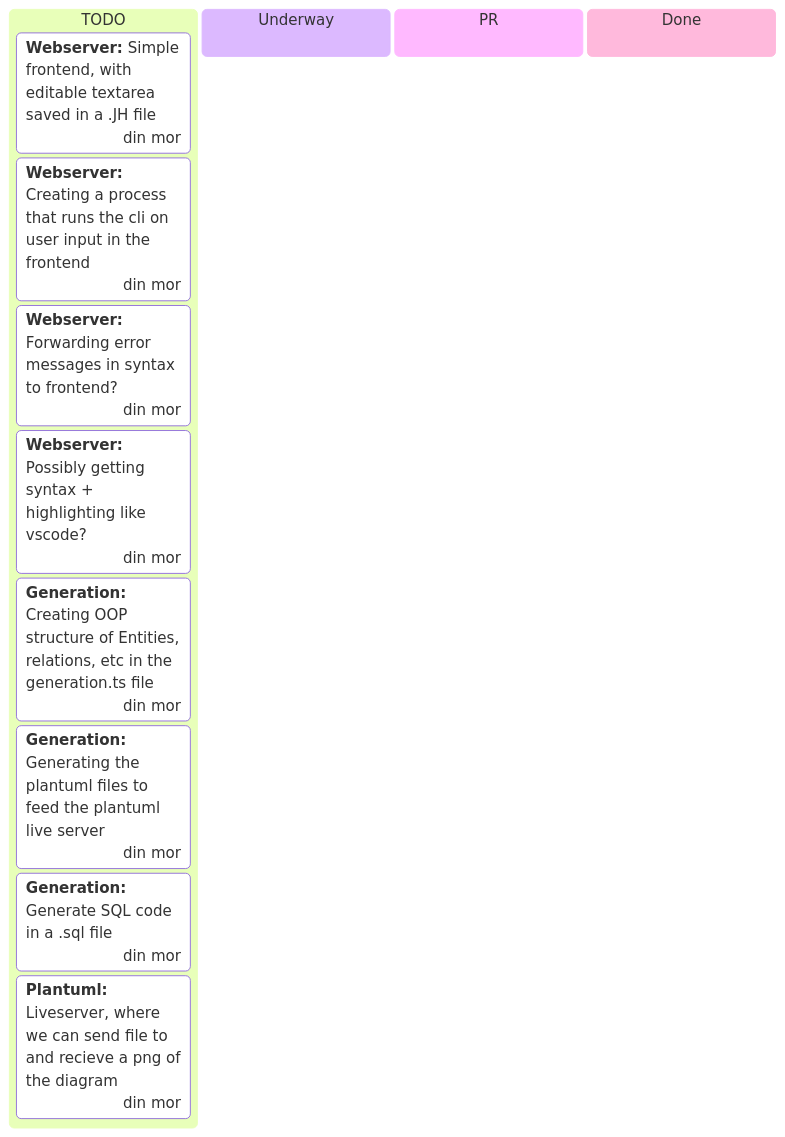
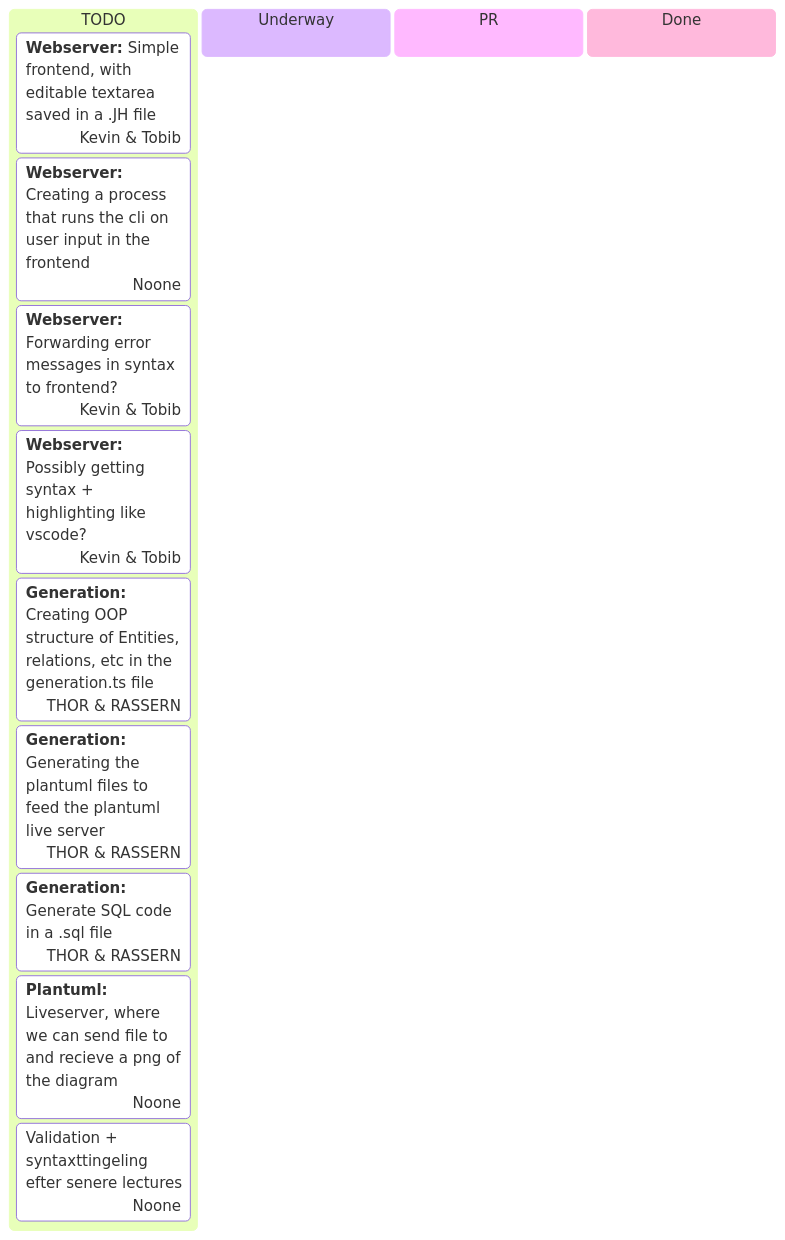
One commit to TobiasBak/mdsd changed the diagram in Plan.md. Above: the diagram before and after it, drawn with Mermaid.

Commit message:
Added assignees to tasks

````diff
--- a/Plan.md
+++ b/Plan.md
@@ -1,17 +1,18 @@
 ```mermaid
 kanban
     column1[TODO]
-        task1[**Webserver:** Simple frontend, with editable textarea saved in a .JH file]@{assigned: din mor}
-        task7[**Webserver:** Creating a process that runs the cli on user input in the frontend]@{assigned: din mor}
-        task8[**Webserver:** Forwarding error messages in syntax to frontend?]@{assigned: din mor}
-        task2[**Webserver:** Possibly getting syntax + highlighting like vscode?]@{assigned: din mor}
-        task4[**Generation:** Creating OOP structure of Entities, relations, etc in the generation.ts file]@{assigned: din mor}
-        task5[**Generation:** Generating the plantuml files to feed the plantuml live server]@{assigned: din mor}
-        task6[**Generation:** Generate SQL code in a .sql file]@{assigned: din mor}
-        task3[**Plantuml:** Liveserver, where we can send file to and recieve a png of the diagram]@{assigned: din mor}
+        task1[**Webserver:** Simple frontend, with editable textarea saved in a .JH file]@{assigned: Kevin & Tobib}
+        task7[**Webserver:** Creating a process that runs the cli on user input in the frontend]@{assigned: Noone}
+        task8[**Webserver:** Forwarding error messages in syntax to frontend?]@{assigned: Kevin & Tobib}
+        task2[**Webserver:** Possibly getting syntax + highlighting like vscode?]@{assigned: Kevin & Tobib}
+        task4[**Generation:** Creating OOP structure of Entities, relations, etc in the generation.ts file]@{assigned: THOR & RASSERN}
+        task5[**Generation:** Generating the plantuml files to feed the plantuml live server]@{assigned: THOR & RASSERN}
+        task6[**Generation:** Generate SQL code in a .sql file]@{assigned: THOR & RASSERN}
+        task3[**Plantuml:** Liveserver, where we can send file to and recieve a png of the diagram]@{assigned: Noone}
+        task9[Validation + syntaxttingeling efter senere lectures]@{assigned: Noone}
     column2[Underway]
     column3[PR]
     column4[Done]
         
 
 ```
````
